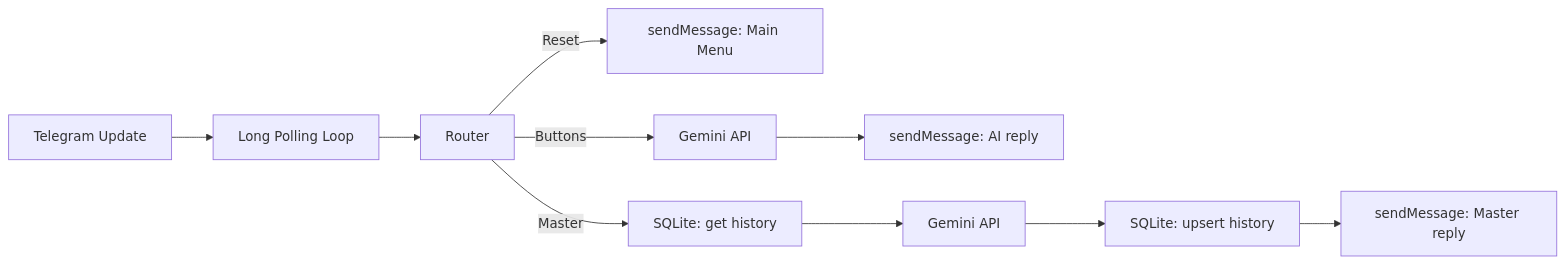
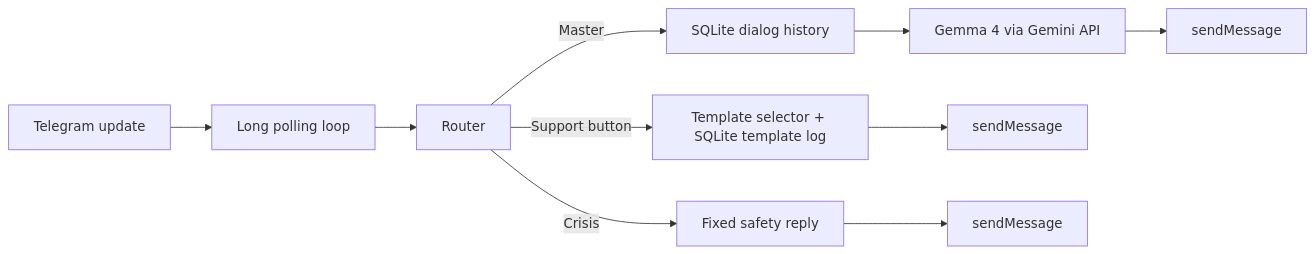
One commit to shishkin-github/MediBot changed the diagram in README.md. Above: the diagram before and after it, drawn with Mermaid. The commit also changed other lines of this file and 1 other file, not shown here.

````diff
--- a/README.md
+++ b/README.md
@@ -32,12 +118,12 @@
 ```mermaid
 flowchart LR
-    T[Telegram Update] --> P[Long Polling Loop]
+    T[Telegram update] --> P[Long polling loop]
     P --> R[Router]
-    R -->|Reset| TG1[sendMessage: Main Menu]
-    R -->|Buttons| G1[Gemini API]
-    R -->|Master| S1[SQLite: get history]
-    G1 --> TG2[sendMessage: AI reply]
-    S1 --> G2[Gemini API]
-    G2 --> S2[SQLite: upsert history]
-    S2 --> TG3[sendMessage: Master reply]
+    R -->|Crisis| C[Fixed safety reply]
+    R -->|Support button| S[Template selector + SQLite template log]
+    R -->|Master| H[SQLite dialog history]
+    H --> G[Gemma 4 via Gemini API]
+    S --> TG1[sendMessage]
+    C --> TG2[sendMessage]
+    G --> TG3[sendMessage]
 ```
````
